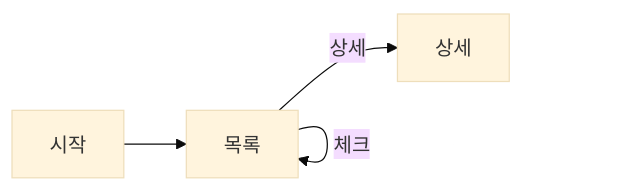
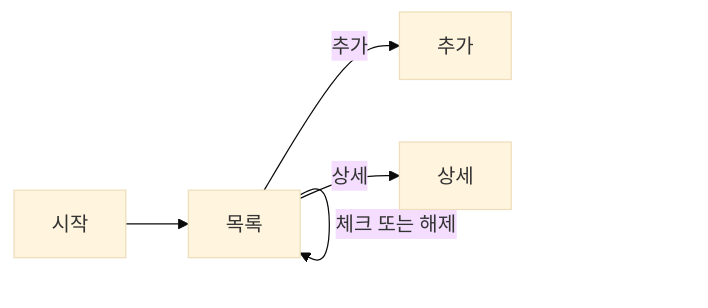
Before and after one commit to jeseokmun/dev-docs-rules: the diagram in _examples/DEV-25-화면정의서-목록.HabitCheck.md, drawn with Mermaid (base theme). The commit also changed other lines of this file and 129 other files, not shown here.

````diff
--- a/_examples/DEV-25-화면정의서-목록.HabitCheck.md
+++ b/_examples/DEV-25-화면정의서-목록.HabitCheck.md
@@ -36,6 +36,7 @@
 ```mermaid
 flowchart LR
   시작 --> 목록
-  목록 -->|체크| 목록
+  목록 -->|체크 또는 해제| 목록
+  목록 -->|추가| 추가
   목록 -->|상세| 상세
 ```
````
